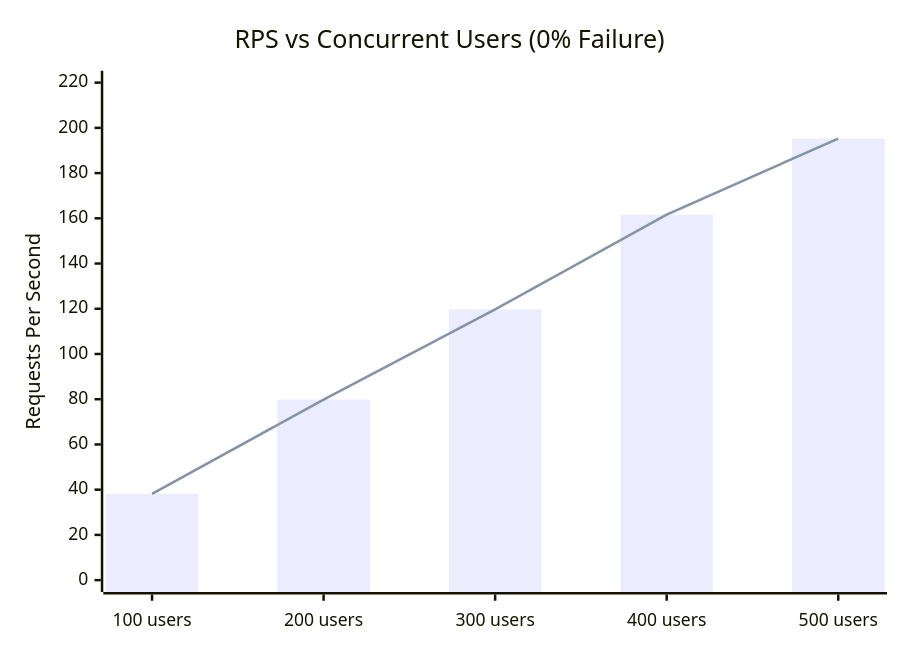
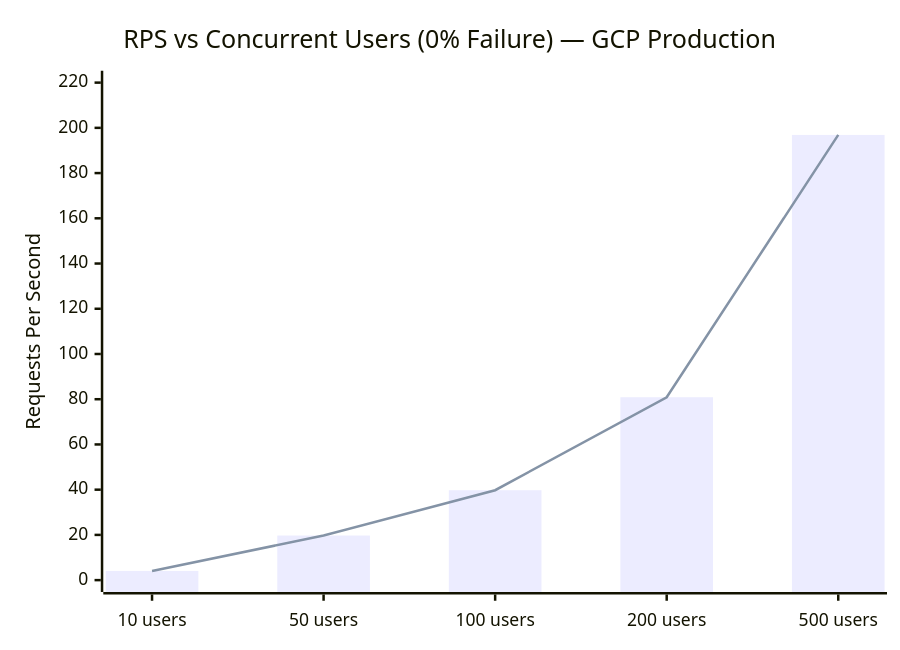
Before and after one commit to baboey/fp-tka-1: the fifth of 5 diagrams in README.md, drawn with Mermaid. The commit also changed other lines of this file and 6 other files, not shown here.

````diff
--- a/README.md
+++ b/README.md
@@ -980,8 +1019,8 @@
 ```mermaid
 xychart-beta
-    title "RPS vs Concurrent Users (0% Failure)"
-    x-axis ["100 users", "200 users", "300 users", "400 users", "500 users"]
+    title "RPS vs Concurrent Users (0% Failure) — GCP Production"
+    x-axis ["10 users", "50 users", "100 users", "200 users", "500 users"]
     y-axis "Requests Per Second" 0 --> 220
-    bar [38.16, 79.85, 119.71, 161.61, 195.28]
-    line [38.16, 79.85, 119.71, 161.61, 195.28]
+    bar [4.07, 19.72, 39.76, 80.87, 196.88]
+    line [4.07, 19.72, 39.76, 80.87, 196.88]
 ```
````
